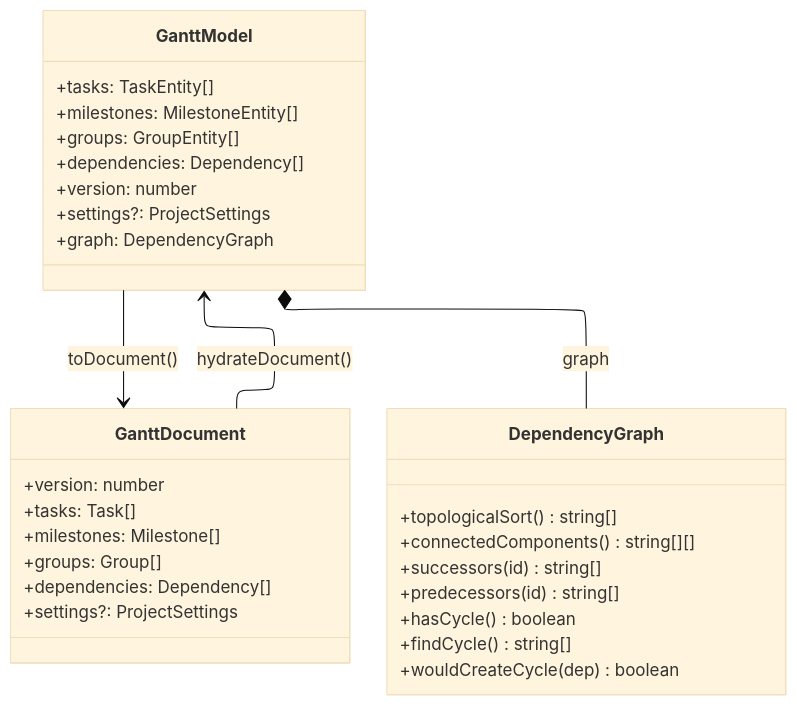
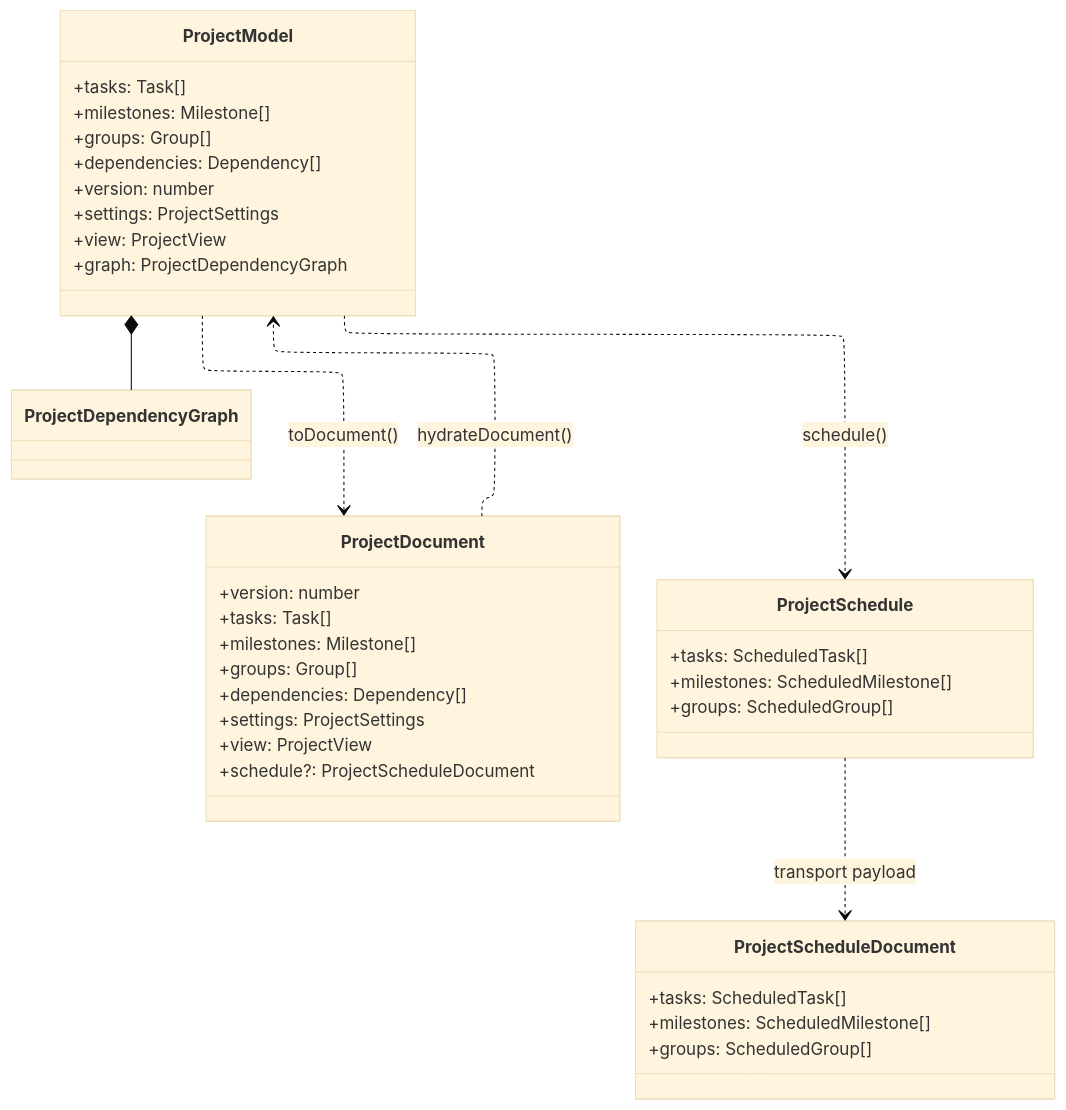
One commit to sergehas/ganttee changed the sixth of 6 diagrams in docs/documentation/gantt-model-hydration.md. Above: the diagram before and after it, drawn with Mermaid (base theme). The commit also changed other lines of this file, not shown here.

Commit message:
docs(docs): update architecture doc for raw doc to views flows

````diff
--- a/docs/documentation/gantt-model-hydration.md
+++ b/docs/documentation/gantt-model-hydration.md
@@ -143,37 +244,48 @@
 ```mermaid
 ---
 config:
   layout: elk
 ---
 classDiagram
-     class GanttDocument {
+    class ProjectDocument {
         +version: number
         +tasks: Task[]
         +milestones: Milestone[]
         +groups: Group[]
         +dependencies: Dependency[]
-        +settings?: ProjectSettings
+        +settings: ProjectSettings
+        +view: ProjectView
+        +schedule?: ProjectScheduleDocument
     }
-    class GanttModel {
-        +tasks: TaskEntity[]
-        +milestones: MilestoneEntity[]
-        +groups: GroupEntity[]
+
+    class ProjectModel {
+        +tasks: Task[]
+        +milestones: Milestone[]
+        +groups: Group[]
         +dependencies: Dependency[]
         +version: number
-        +settings?: ProjectSettings
-        +graph: DependencyGraph
-    }
-    class DependencyGraph {
-        +topologicalSort() string[]
-        +connectedComponents() string[][]
-        +successors(id) string[]
-        +predecessors(id) string[]
-        +hasCycle() boolean
-        +findCycle() string[]
-        +wouldCreateCycle(dep) boolean
+        +settings: ProjectSettings
+        +view: ProjectView
+        +graph: ProjectDependencyGraph
     }
 
-    GanttDocument --> GanttModel : hydrateDocument()
-    GanttModel --> GanttDocument : toDocument()
-    GanttModel *-- DependencyGraph : graph
+    class ProjectSchedule {
+        +tasks: ScheduledTask[]
+        +milestones: ScheduledMilestone[]
+        +groups: ScheduledGroup[]
+    }
+
+    class ProjectScheduleDocument {
+        +tasks: ScheduledTask[]
+        +milestones: ScheduledMilestone[]
+        +groups: ScheduledGroup[]
+    }
+
+    class ProjectDependencyGraph
+
+    ProjectDocument ..> ProjectModel : hydrateDocument()
+    ProjectModel ..> ProjectDocument : toDocument()
+    ProjectModel ..> ProjectSchedule : schedule()
+    ProjectSchedule ..> ProjectScheduleDocument : transport payload
+    ProjectModel *-- ProjectDependencyGraph
 ```
````
